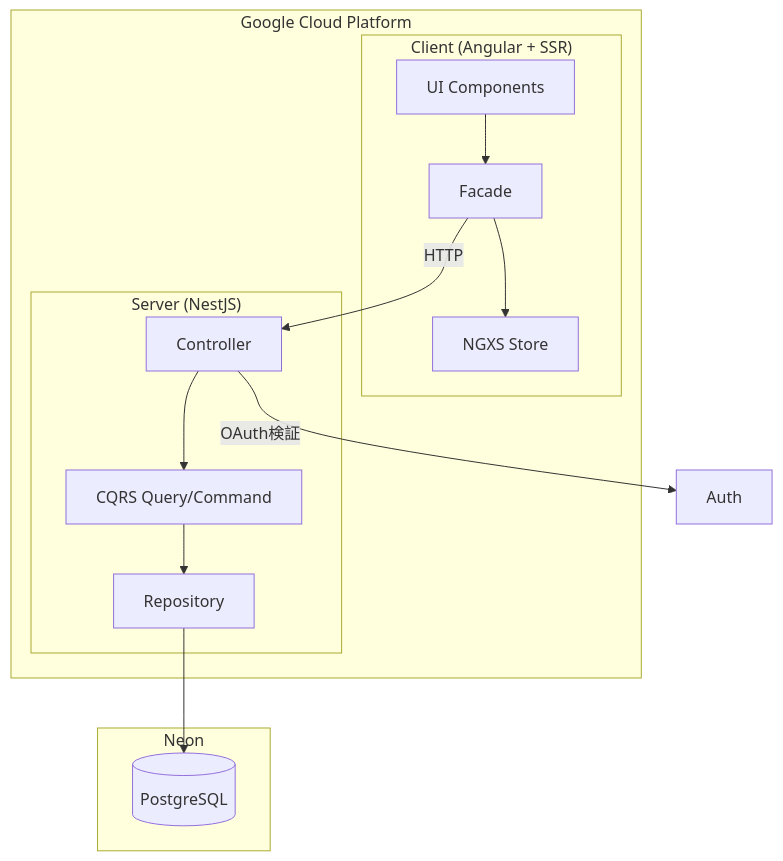
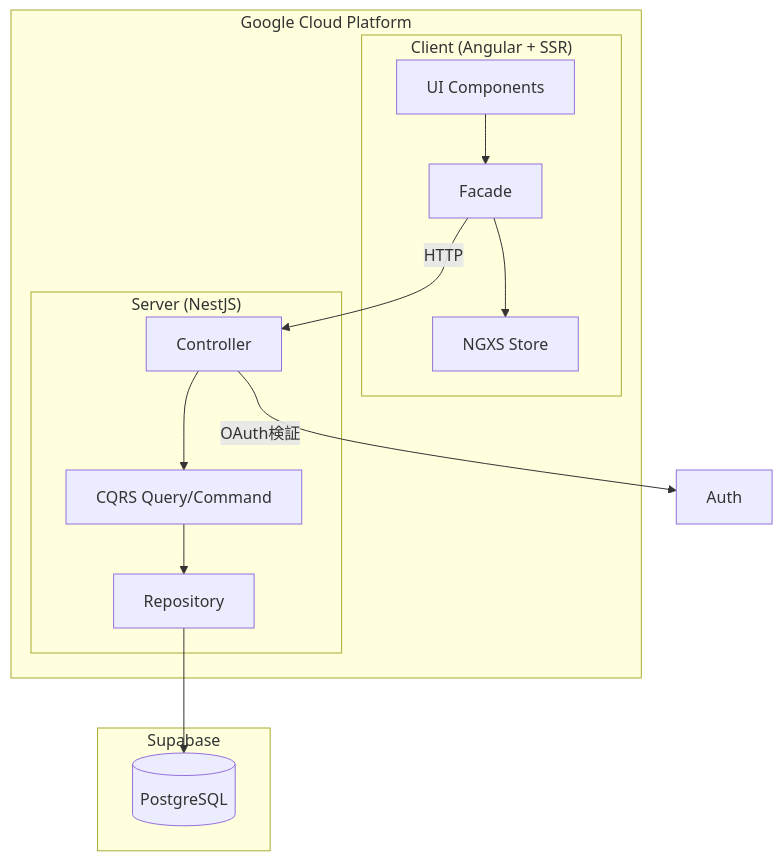
The diagram in README.ja.md (motora-dev/angular-nestjs-realworld-example-app), drawn with Mermaid before and after one commit. The commit also changed 1 other file, not shown here.

Commit message:
docs: update database provider from Neon to Supabase in architecture diagram

````diff
--- a/README.ja.md
+++ b/README.ja.md
@@ -179,26 +179,26 @@
 ```mermaid
 flowchart TB
     subgraph GCP["Google Cloud Platform"]
         subgraph Client["Client (Angular + SSR)"]
             UI[UI Components]
             NGXS[NGXS Store]
             Facade[Facade]
         end
 
         subgraph Server["Server (NestJS)"]
             Controller[Controller]
             CQRS[CQRS Query/Command]
             Repository[Repository]
         end
     end
 
-    subgraph Neon["Neon"]
+    subgraph Supabase["Supabase"]
         PostgreSQL[(PostgreSQL)]
     end
 
     UI --> Facade --> NGXS
     Facade -->|HTTP| Controller
     Controller --> CQRS --> Repository
     Repository --> PostgreSQL
     Controller -->|OAuth検証| Auth
 ```
````
